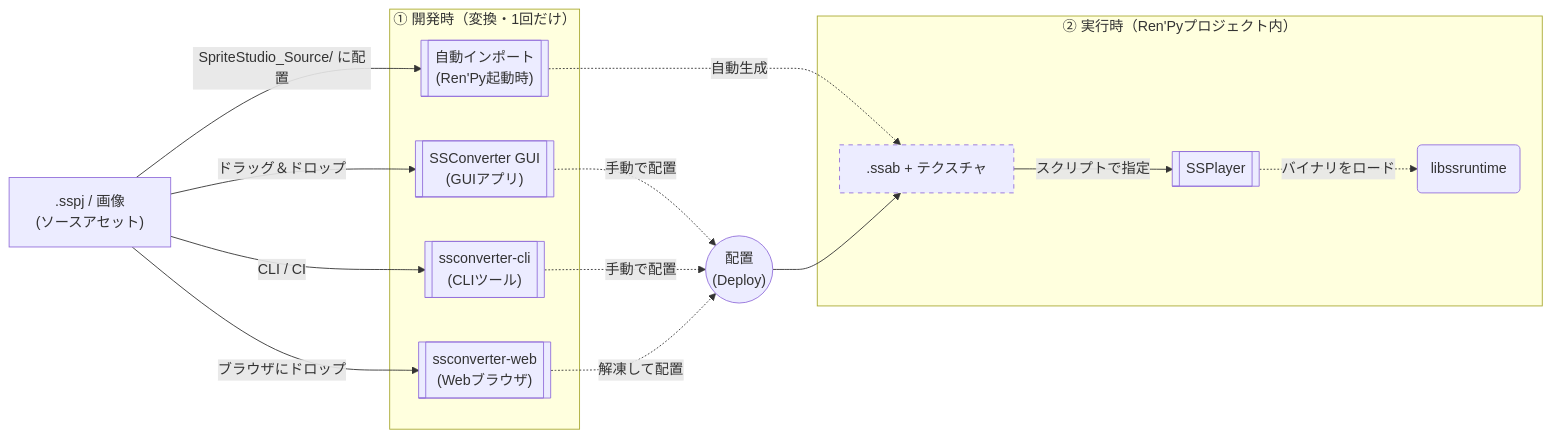
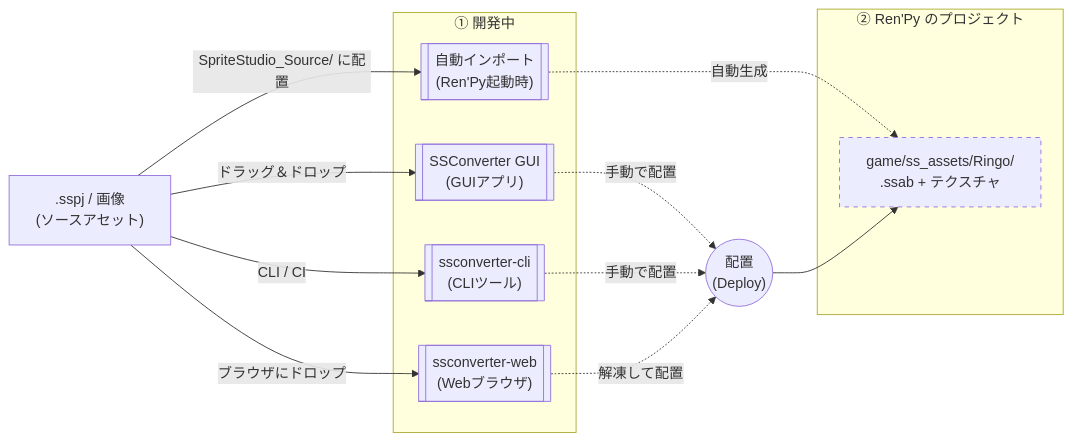
Before and after one commit to cri-middleware/SSPlayerForRenPy: the diagram in docs/ja/import.md, drawn with Mermaid. The commit also changed other lines of this file and 4 other files, not shown here.

````diff
--- a/docs/ja/import.md
+++ b/docs/ja/import.md
@@ -7,36 +7,32 @@
 ```mermaid
 graph LR
     SS[" .sspj / 画像<br>(ソースアセット) "]
 
-    subgraph Convert ["① 開発時（変換・1回だけ）"]
+    subgraph Convert ["① 開発中"]
         AUTO[[" 自動インポート<br>(Ren'Py起動時) "]]
         GUI[[" SSConverter GUI<br>(GUIアプリ) "]]
         CLI[[" ssconverter-cli<br>(CLIツール) "]]
         WEB[[" ssconverter-web<br>(Webブラウザ) "]]
     end
 
     DEPLOY(("配置<br>(Deploy)"))
 
-    subgraph RenPy ["② 実行時（Ren'Pyプロジェクト内）"]
-        BIN[" .ssab + テクスチャ "]
-        NODE[[ SSPlayer ]]
-        RT(" libssruntime ")
+    subgraph RenPy ["② Ren'Py のプロジェクト"]
+        BIN[" game/ss_assets/Ringo/<br>.ssab + テクスチャ "]
     end
 
     SS -- "SpriteStudio_Source/ に配置" --> AUTO
     SS -- "ドラッグ＆ドロップ" --> GUI
     SS -- "CLI / CI" --> CLI
     SS -- "ブラウザにドロップ" --> WEB
     
     AUTO -. "自動生成" .-> BIN
     GUI -. "手動で配置" .-> DEPLOY
     CLI -. "手動で配置" .-> DEPLOY
     WEB -. "解凍して配置" .-> DEPLOY
     
     DEPLOY --> BIN
-    BIN -- "スクリプトで指定" --> NODE
-    NODE -. "バイナリをロード" .-> RT
 
     classDef generated stroke-dasharray: 5 5;
     class BIN generated;
 ```
````
